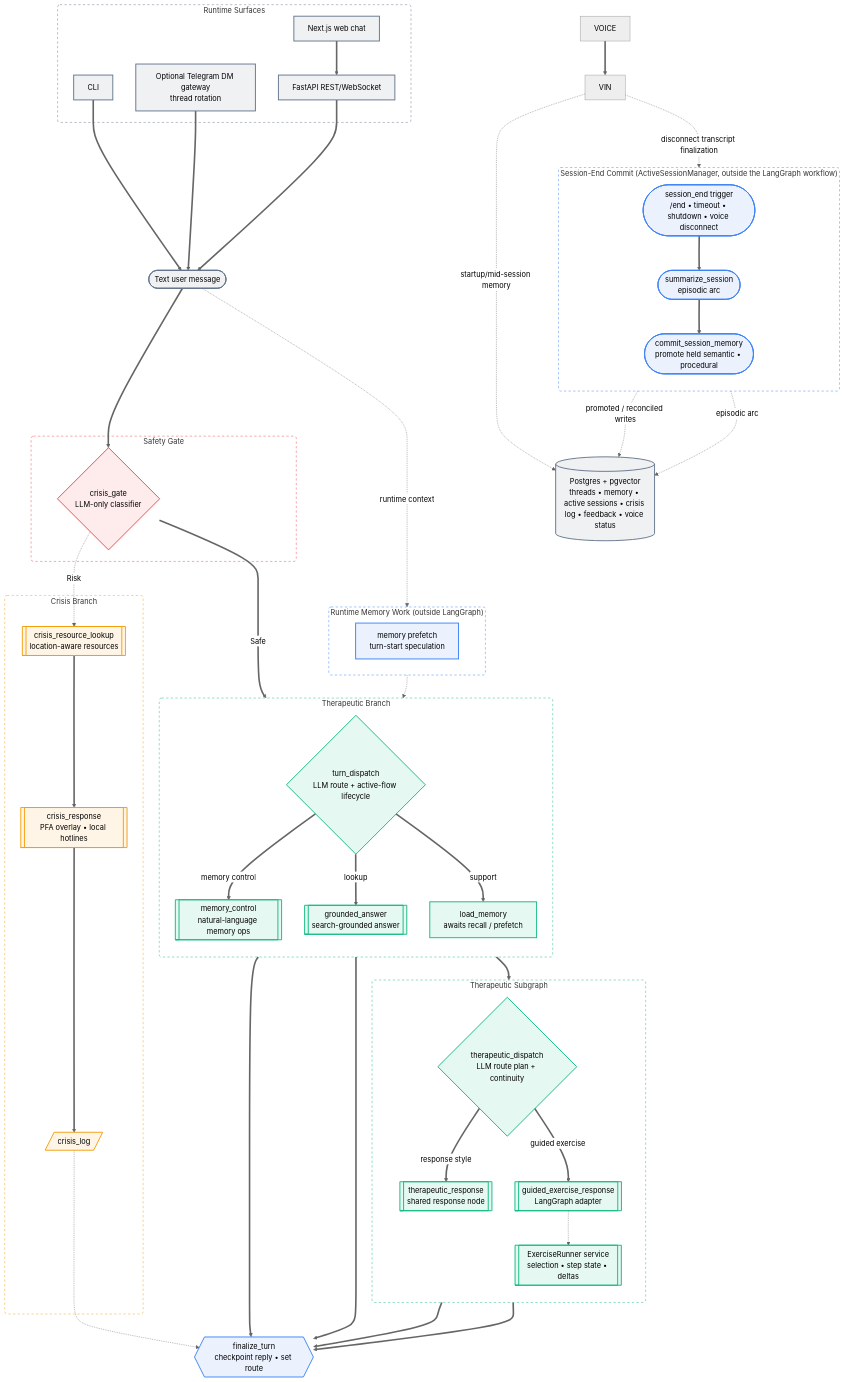
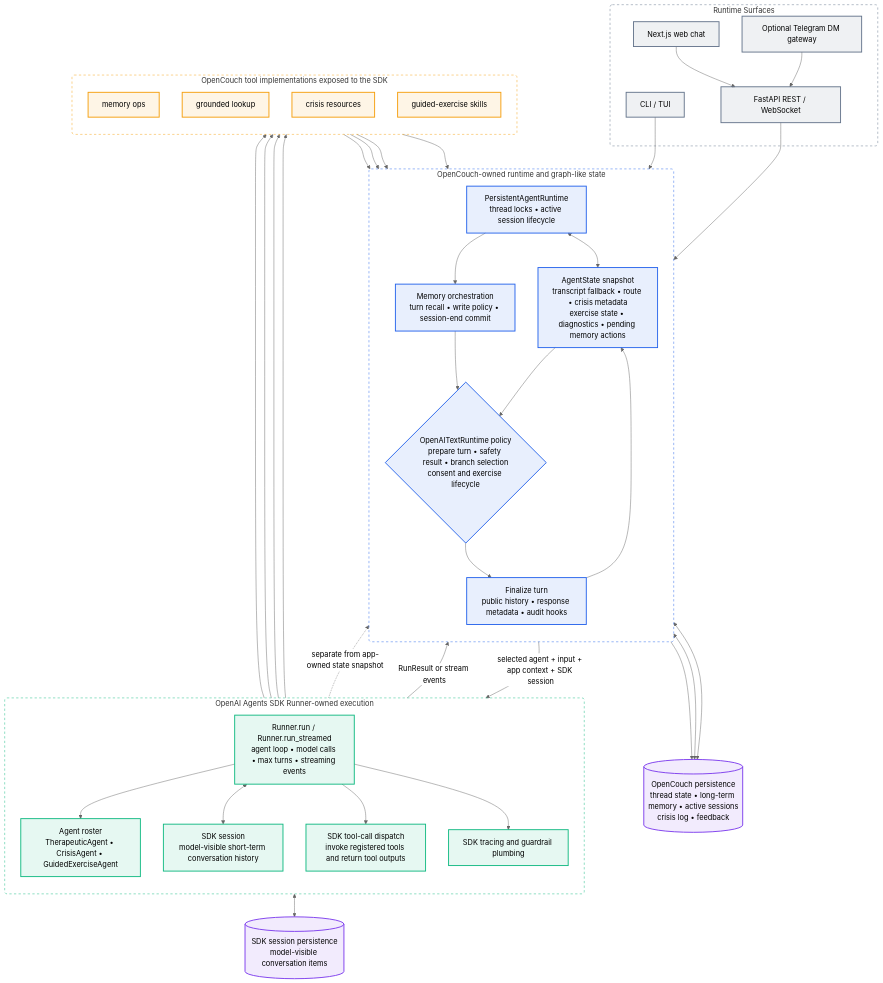
One commit to whanyu1212/OpenCouch changed the diagram in README.md. Above: the diagram before and after it, drawn with Mermaid (neutral theme). The commit also changed other lines of this file, not shown here.

Commit message:
docs: clarify runtime ownership

````diff
--- a/README.md
+++ b/README.md
@@ -226,101 +231,83 @@
 ```mermaid
 flowchart TD
-    %% Define Node Styles (Tinted for Light/Dark Mode)
-    classDef inputNode fill:#64748B1A,stroke:#64748B,stroke-width:2px
-    classDef gateNode fill:#EF44441A,stroke:#EF4444,stroke-width:2px
-    classDef safeNode fill:#10B9811A,stroke:#10B981,stroke-width:2px
-    classDef riskNode fill:#F59E0B1A,stroke:#F59E0B,stroke-width:2px
-    classDef sysNode fill:#3B82F61A,stroke:#3B82F6,stroke-width:2px
-    classDef dbNode fill:#64748B1A,stroke:#64748B,stroke-width:2px
+    classDef surfaceNode fill:#64748B1A,stroke:#64748B,stroke-width:2px
+    classDef appNode fill:#2563EB1A,stroke:#2563EB,stroke-width:2px
+    classDef sdkNode fill:#10B9811A,stroke:#10B981,stroke-width:2px
+    classDef toolNode fill:#F59E0B1A,stroke:#F59E0B,stroke-width:2px
+    classDef storeNode fill:#7C3AED1A,stroke:#7C3AED,stroke-width:2px
 
     subgraph SURF ["Runtime Surfaces"]
-        CLI["CLI"]:::inputNode
-        WEB["Next.js web chat"]:::inputNode
-        TG["Optional Telegram DM gateway<br/>thread rotation"]:::inputNode
-        API["FastAPI REST/WebSocket"]:::inputNode
+        CLI["CLI / TUI"]:::surfaceNode
+        WEB["Next.js web chat"]:::surfaceNode
+        TG["Optional Telegram DM gateway"]:::surfaceNode
+        API["FastAPI REST / WebSocket"]:::surfaceNode
     end
 
-    IN(["Text user message"]):::inputNode
-    subgraph GATE ["Safety Gate"]
-        CG{"crisis_gate<br/>LLM-only classifier"}:::gateNode
+    subgraph APP ["OpenCouch-owned runtime and graph-like state"]
+        direction TB
+        PR["PersistentAgentRuntime<br/>thread locks • active session lifecycle"]:::appNode
+        STATE["AgentState snapshot<br/>transcript fallback • route • crisis metadata<br/>exercise state • diagnostics • pending memory actions"]:::appNode
+        MEM["Memory orchestration<br/>turn recall • write policy • session-end commit"]:::appNode
+        POLICY{"OpenAITextRuntime policy<br/>prepare turn • safety result • branch selection<br/>consent and exercise lifecycle"}:::appNode
+        FINAL["Finalize turn<br/>public history • response metadata • audit hooks"]:::appNode
     end
 
-    subgraph SAFE ["Therapeutic Branch"]
+    subgraph SDK ["OpenAI Agents SDK Runner-owned execution"]
         direction TB
-        TDISP{"turn_dispatch<br/>LLM route + active-flow lifecycle"}:::safeNode
-        MC[["memory_control<br/>natural-language memory ops"]]:::safeNode
-        GA[["grounded_answer<br/>search-grounded answer"]]:::safeNode
-        LM["load_memory<br/>awaits recall / prefetch"]:::safeNode
-        TDISP ==>|memory control| MC
-        TDISP ==>|lookup| GA
-        TDISP ==>|support| LM
+        RUN["Runner.run / Runner.run_streamed<br/>agent loop • model calls • max turns • streaming events"]:::sdkNode
+        ROSTER["Agent roster<br/>TherapeuticAgent • CrisisAgent • GuidedExerciseAgent"]:::sdkNode
+        SDKSESSION["SDK session<br/>model-visible short-term conversation history"]:::sdkNode
+        SDKTOOLS["SDK tool-call dispatch<br/>invoke registered tools and return tool outputs"]:::sdkNode
+        TRACE["SDK tracing and guardrail plumbing"]:::sdkNode
     end
 
-    subgraph THERAPY ["Therapeutic Subgraph"]
+    subgraph TOOLS ["OpenCouch tool implementations exposed to the SDK"]
         direction TB
-        TD{"therapeutic_dispatch<br/>LLM route plan + continuity"}:::safeNode
-        TR[["therapeutic_response<br/>shared response node"]]:::safeNode
-        GE[["guided_exercise_response<br/>LangGraph adapter"]]:::safeNode
-        ER[["ExerciseRunner service<br/>selection • step state • deltas"]]:::safeNode
-        TD ==>|response style| TR
-        TD ==>|guided exercise| GE
-        GE -.-> ER
+        MEMTOOLS["memory ops"]:::toolNode
+        LOOKUP["grounded lookup"]:::toolNode
+        CRISIS["crisis resources"]:::toolNode
+        EXERCISE["guided-exercise skills"]:::toolNode
     end
 
-    subgraph RISK ["Crisis Branch"]
-        RL[["crisis_resource_lookup<br/>location-aware resources"]]:::riskNode
-        CR[["crisis_response<br/>PFA overlay • local hotlines"]]:::riskNode
-        CL[/"crisis_log"/]:::riskNode
-        RL ==> CR
-        CR ==> CL
-    end
+    APPDB[("OpenCouch persistence<br/>thread state • long-term memory • active sessions<br/>crisis log • feedback")]:::storeNode
+    SDKDB[("SDK session persistence<br/>model-visible conversation items")]:::storeNode
 
-    FT{{"finalize_turn<br/>checkpoint reply • set route"}}:::sysNode
+    CLI --> PR
+    WEB --> API
+    TG --> API
+    API --> PR
+    PR <--> STATE
+    PR <--> APPDB
+    PR --> MEM
+    MEM <--> APPDB
+    MEM --> POLICY
+    STATE --> POLICY
 
-    subgraph POST ["Runtime Memory Work (outside LangGraph)"]
-        direction LR
-        MP["memory prefetch<br/>turn-start speculation"]:::sysNode
-        MP -.-> LM
-    end
+    POLICY -->|"selected agent + input + app context + SDK session"| RUN
+    RUN --> ROSTER
+    RUN <--> SDKSESSION
+    SDKSESSION <--> SDKDB
+    RUN --> SDKTOOLS
+    RUN --> TRACE
 
-    subgraph SESSION ["Session-End Commit (ActiveSessionManager, outside the LangGraph workflow)"]
-        direction TB
-        SE(["session_end trigger<br/>/end • timeout • shutdown • voice disconnect"]):::sysNode
-        SS(["summarize_session<br/>episodic arc"]):::sysNode
-        CM(["commit_session_memory<br/>promote held semantic • procedural"]):::sysNode
-        SE ==> SS
-        SS ==> CM
-    end
+    SDKTOOLS --> MEMTOOLS
+    SDKTOOLS --> LOOKUP
+    SDKTOOLS --> CRISIS
+    SDKTOOLS --> EXERCISE
+    MEMTOOLS --> MEM
+    LOOKUP --> POLICY
+    CRISIS --> POLICY
+    EXERCISE --> STATE
 
-    DB[("Postgres + pgvector<br/>threads • memory • active sessions • crisis log • feedback • voice status")]:::dbNode
+    RUN -->|"RunResult or stream events"| POLICY
+    POLICY --> FINAL
+    FINAL --> STATE
+    FINAL --> APPDB
 
-    %% Logic Flows
-    CLI ==> IN
-    WEB ==> API
-    API ==> IN
-    TG ==> IN
-    VOICE ==> VIN
-    VIN -.->|startup/mid-session memory| DB
-    VIN -.->|disconnect transcript finalization| SE
-    IN ==> CG
-    IN -.->|runtime context| MP
-    CG ==>|Safe| TDISP
-    CG -.->|Risk| RL
-    MC ==> FT
-    GA ==> FT
-    LM ==> TD
-    TR ==> FT
-    GE ==> FT
-    CL -.-> FT
-    CM -.->|promoted / reconciled writes| DB
-    SS -.->|episodic arc| DB
+    SDKSESSION -.->|"separate from app-owned state snapshot"| STATE
 
-    %% Subgraph Styling (Removes default gray background)
     style SURF fill:none,stroke:#64748B,stroke-width:1px,stroke-dasharray: 5 5,rx:5,ry:5
-    style GATE fill:none,stroke:#EF4444,stroke-width:1px,stroke-dasharray: 5 5,rx:5,ry:5
-    style SAFE fill:none,stroke:#10B981,stroke-width:1px,stroke-dasharray: 5 5,rx:5,ry:5
-    style THERAPY fill:none,stroke:#10B981,stroke-width:1px,stroke-dasharray: 5 5,rx:5,ry:5
-    style RISK fill:none,stroke:#F59E0B,stroke-width:1px,stroke-dasharray: 5 5,rx:5,ry:5
-    style POST fill:none,stroke:#3B82F6,stroke-width:1px,stroke-dasharray: 5 5,rx:5,ry:5
-    style SESSION fill:none,stroke:#3B82F6,stroke-width:1px,stroke-dasharray: 5 5,rx:5,ry:5
+    style APP fill:none,stroke:#2563EB,stroke-width:1px,stroke-dasharray: 5 5,rx:5,ry:5
+    style SDK fill:none,stroke:#10B981,stroke-width:1px,stroke-dasharray: 5 5,rx:5,ry:5
+    style TOOLS fill:none,stroke:#F59E0B,stroke-width:1px,stroke-dasharray: 5 5,rx:5,ry:5
 ```
````
